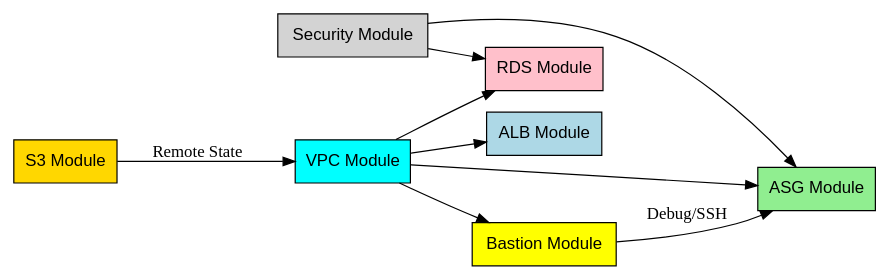
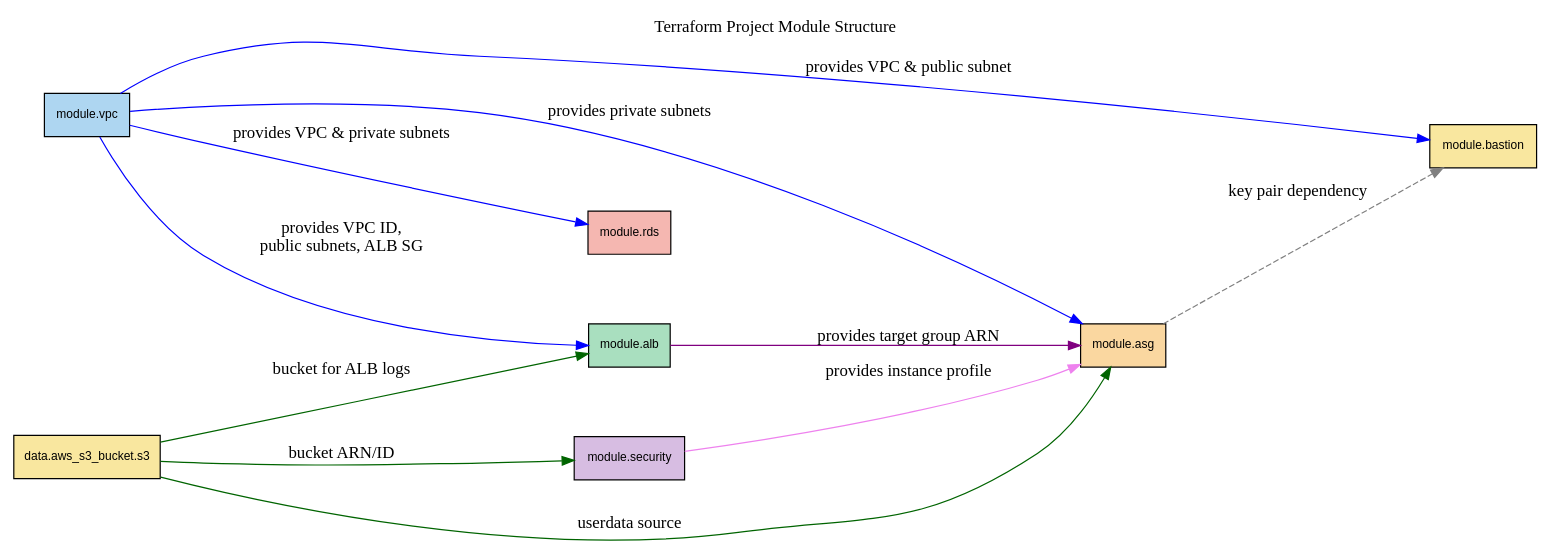
One commit to DimRev/devops-multitier-app-terraform changed the diagram in assets/graph2.dot. Above: the diagram before and after it, drawn with Graphviz. The commit also changed 14 other files, not shown here.

Commit message:
feat(log): Log ASG alerts to s3 bucket

```diff
--- a/assets/graph2.dot
+++ b/assets/graph2.dot
@@ -1,22 +1,44 @@
-digraph Modules {
-  rankdir="LR";
-  node [shape=box, style=filled, fontname="sans-serif"];
+digraph ModuleStructure {
+  // Global graph settings
+  rankdir=LR;
+  splines=true;
+  nodesep=0.8;
+  ranksep=1.0;
+  labelloc="t";
+  label="Terraform Project Module Structure";
 
-  VPC      [label="VPC Module", fillcolor="cyan"];
-  ALB      [label="ALB Module", fillcolor="lightblue"];
-  ASG      [label="ASG Module", fillcolor="lightgreen"];
-  BASTION  [label="Bastion Module", fillcolor="yellow"];
-  RDS      [label="RDS Module", fillcolor="pink"];
-  SEC      [label="Security Module", fillcolor="lightgrey"];
-  S3       [label="S3 Module", fillcolor="gold"];
+  // Default node style
+  node [shape=box, style=filled, fontname="sans-serif", fontsize=10, fillcolor="#ECF0F1"];
 
-  // Relationships between modules
-  VPC -> ALB;
-  VPC -> ASG;
-  VPC -> RDS;
-  VPC -> BASTION;
-  SEC -> ASG;
-  SEC -> RDS;
-  BASTION -> ASG [label="Debug/SSH"];
-  S3 -> VPC [label="Remote State"];
+  // Data resource node (external)
+  "data.aws_s3_bucket.s3" [label="data.aws_s3_bucket.s3", fillcolor="#F9E79F"];
+
+  // Module nodes
+  "module.vpc"      [label="module.vpc", fillcolor="#AED6F1"];
+  "module.alb"      [label="module.alb", fillcolor="#A9DFBF"];
+  "module.asg"      [label="module.asg", fillcolor="#FAD7A0"];
+  "module.rds"      [label="module.rds", fillcolor="#F5B7B1"];
+  "module.security" [label="module.security", fillcolor="#D7BDE2"];
+  "module.bastion"  [label="module.bastion", fillcolor="#F9E79F"];
+
+  // Edges with descriptive labels
+  // VPC provides networking information to ALB, ASG, RDS, and Bastion
+  "module.vpc" -> "module.alb" [label="provides VPC ID,\npublic subnets, ALB SG", color=blue];
+  "module.vpc" -> "module.asg" [label="provides private subnets", color=blue];
+  "module.vpc" -> "module.rds" [label="provides VPC & private subnets", color=blue];
+  "module.vpc" -> "module.bastion" [label="provides VPC & public subnet", color=blue];
+
+  // Data S3 Bucket for shared files and logging
+  "data.aws_s3_bucket.s3" -> "module.alb" [label="bucket for ALB logs", color=darkgreen];
+  "data.aws_s3_bucket.s3" -> "module.asg" [label="userdata source", color=darkgreen];
+  "data.aws_s3_bucket.s3" -> "module.security" [label="bucket ARN/ID", color=darkgreen];
+
+  // ALB target group used by ASG
+  "module.alb" -> "module.asg" [label="provides target group ARN", color=purple];
+
+  // Security module provides IAM and instance profile for ASG instances
+  "module.security" -> "module.asg" [label="provides instance profile", color=violet];
+
+  // Bastion uses key pair from ASG (dashed to indicate a soft dependency)
+  "module.asg" -> "module.bastion" [label="key pair dependency", style=dashed, color=gray];
 }
```
